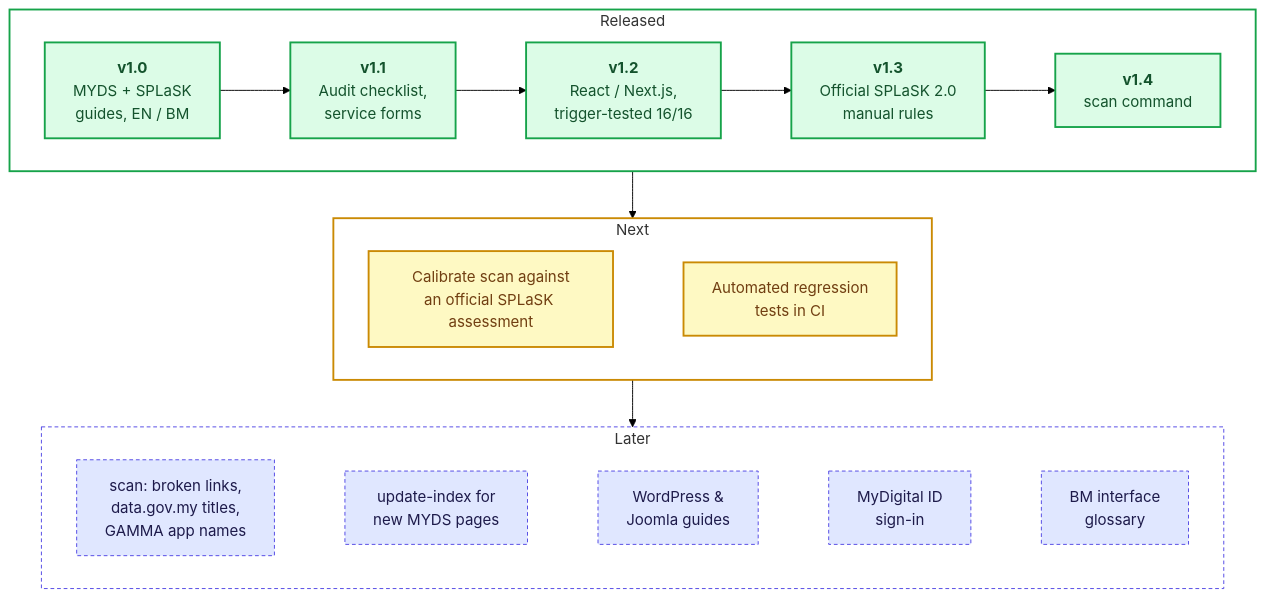
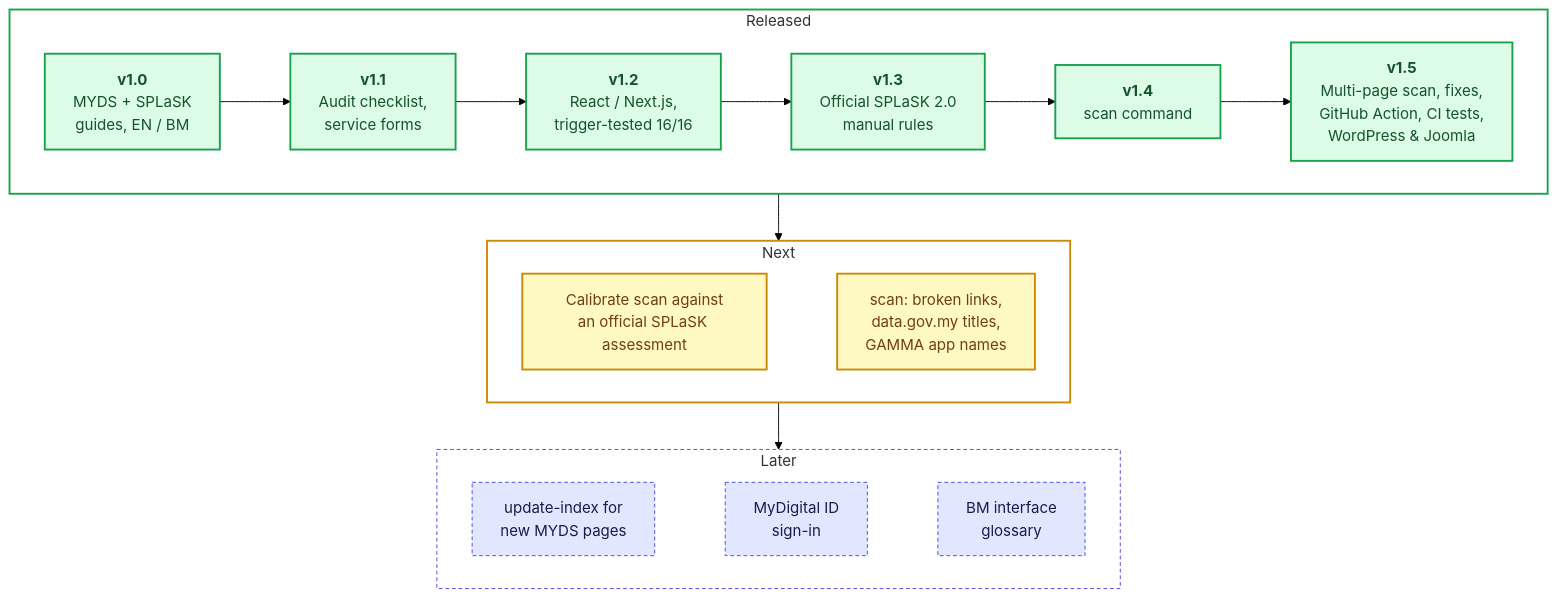
One commit to DexComm69/malaysia-gov-web-guidance changed the second of 2 diagrams in README.md. Above: the diagram before and after it, drawn with Mermaid (forest theme). The commit also changed other lines of this file and 16 other files, not shown here.

First line of the commit message:
v1.5.0: multi-page scan with page selection, fixes, GitHub Action, tests, WordPress/Joomla guide

````diff
--- a/README.md
+++ b/README.md
@@ -301,41 +331,40 @@
 ```mermaid
 flowchart TB
     subgraph shipped ["Released"]
         direction LR
         v10["<b>v1.0</b><br/>MYDS + SPLaSK<br/>guides, EN / BM"]
         v11["<b>v1.1</b><br/>Audit checklist,<br/>service forms"]
         v12["<b>v1.2</b><br/>React / Next.js,<br/>trigger-tested 16/16"]
         v13["<b>v1.3</b><br/>Official SPLaSK 2.0<br/>manual rules"]
         v14["<b>v1.4</b><br/>scan command"]
-        v10 --> v11 --> v12 --> v13 --> v14
+        v15["<b>v1.5</b><br/>Multi-page scan, fixes,<br/>GitHub Action, CI tests,<br/>WordPress & Joomla"]
+        v10 --> v11 --> v12 --> v13 --> v14 --> v15
     end
 
     subgraph next ["Next"]
         direction LR
         cal["Calibrate scan against<br/>an official SPLaSK assessment"]
-        ci["Automated regression<br/>tests in CI"]
-        cal ~~~ ci
+        scanplus["scan: broken links,<br/>data.gov.my titles,<br/>GAMMA app names"]
+        cal ~~~ scanplus
     end
 
     subgraph later ["Later"]
         direction LR
-        scanplus["scan: broken links,<br/>data.gov.my titles,<br/>GAMMA app names"]
         upd["update-index for<br/>new MYDS pages"]
-        cms["WordPress &<br/>Joomla guides"]
         idm["MyDigital ID<br/>sign-in"]
         bm["BM interface<br/>glossary"]
-        scanplus ~~~ upd ~~~ cms ~~~ idm ~~~ bm
+        upd ~~~ idm ~~~ bm
     end
 
     shipped --> next --> later
 
     classDef done fill:#dcfce7,stroke:#16a34a,color:#14532d,stroke-width:2px
     classDef nxt fill:#fef9c3,stroke:#ca8a04,color:#713f12,stroke-width:2px
     classDef plan fill:#e0e7ff,stroke:#4f46e5,color:#1e1b4b,stroke-width:1px,stroke-dasharray:4 3
-    class v10,v11,v12,v13,v14 done
-    class cal,ci nxt
-    class scanplus,upd,cms,idm,bm plan
+    class v10,v11,v12,v13,v14,v15 done
+    class cal,scanplus nxt
+    class upd,idm,bm plan
     style shipped fill:transparent,stroke:#16a34a,stroke-width:2px
     style next fill:transparent,stroke:#ca8a04,stroke-width:2px
     style later fill:transparent,stroke:#4f46e5,stroke-width:1px,stroke-dasharray:4 3
 ```
````
